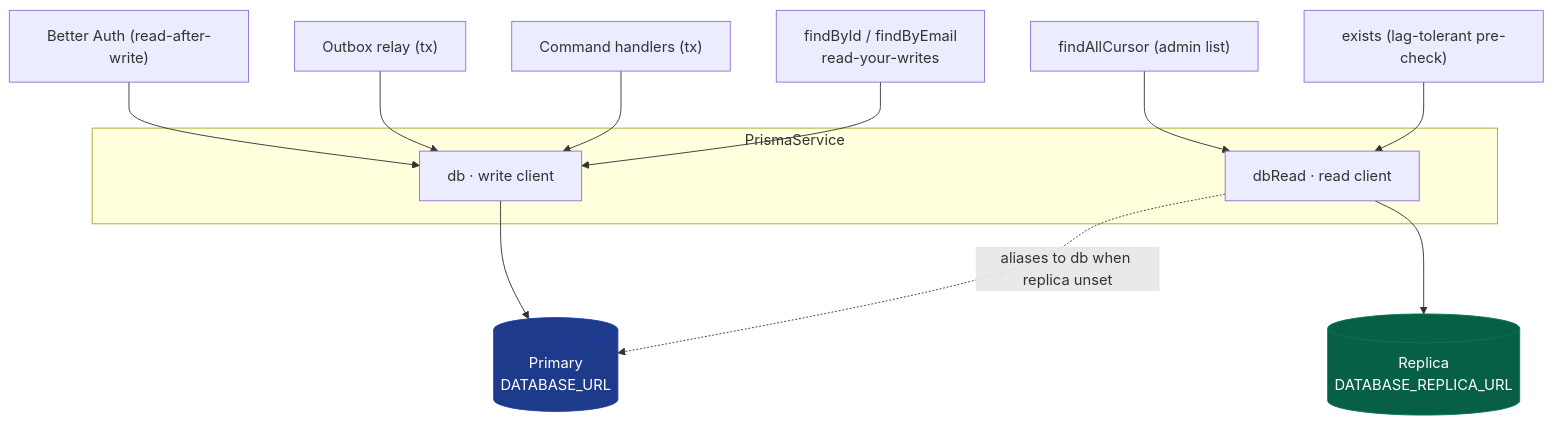
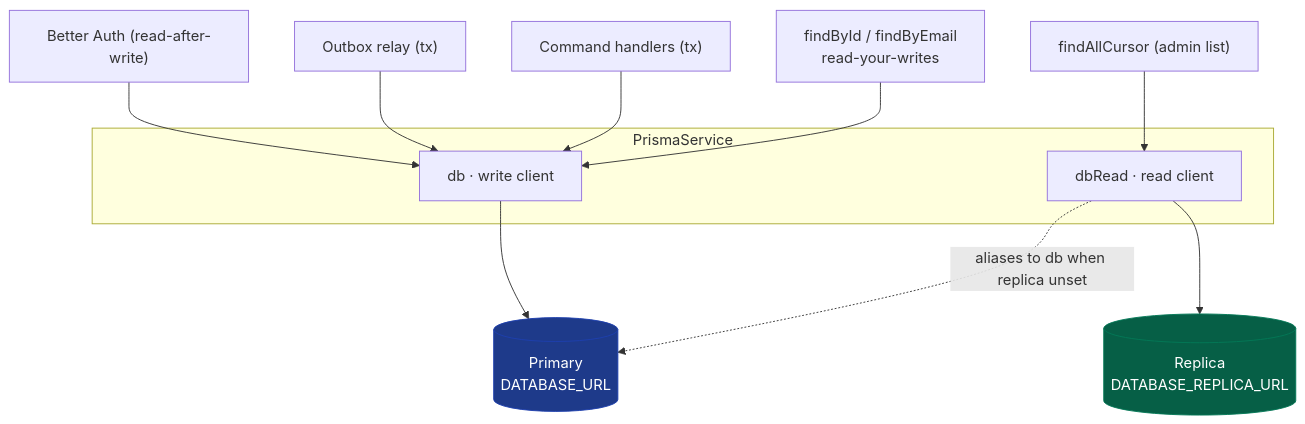
One commit to chuanghiduoc/nestjs-fastify-nx changed the sixth of 6 diagrams in docs/architecture.md. Above: the diagram before and after it, drawn with Mermaid. The commit also changed other lines of this file and 40 other files, not shown here.

````diff
--- a/docs/architecture.md
+++ b/docs/architecture.md
@@ -740,26 +743,25 @@
 ```mermaid
 flowchart TD
     subgraph PS["PrismaService"]
         db["db · write client"]
         dbRead["dbRead · read client"]
     end
 
     P[("Primary<br/>DATABASE_URL")]
     R[("Replica<br/>DATABASE_REPLICA_URL")]
 
     db --> P
     dbRead --> R
     dbRead -. "aliases to db when replica unset" .-> P
 
     BA["Better Auth (read-after-write)"] --> db
     OR["Outbox relay (tx)"] --> db
     CH["Command handlers (tx)"] --> db
     FW["findById / findByEmail<br/>read-your-writes"] --> db
     FA["findAllCursor (admin list)"] --> dbRead
-    EX["exists (lag-tolerant pre-check)"] --> dbRead
 
     classDef primary fill:#1e3a8a,stroke:#1e40af,color:#fff;
     classDef replica fill:#065f46,stroke:#047857,color:#fff;
     class P primary;
     class R replica;
 ```
````
